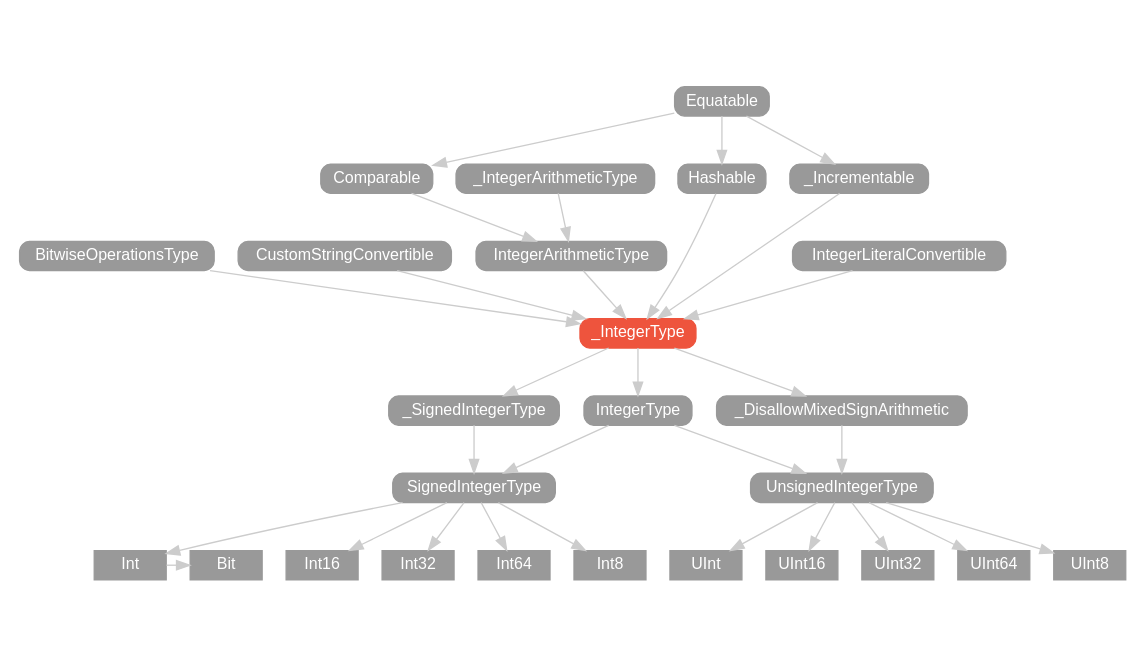
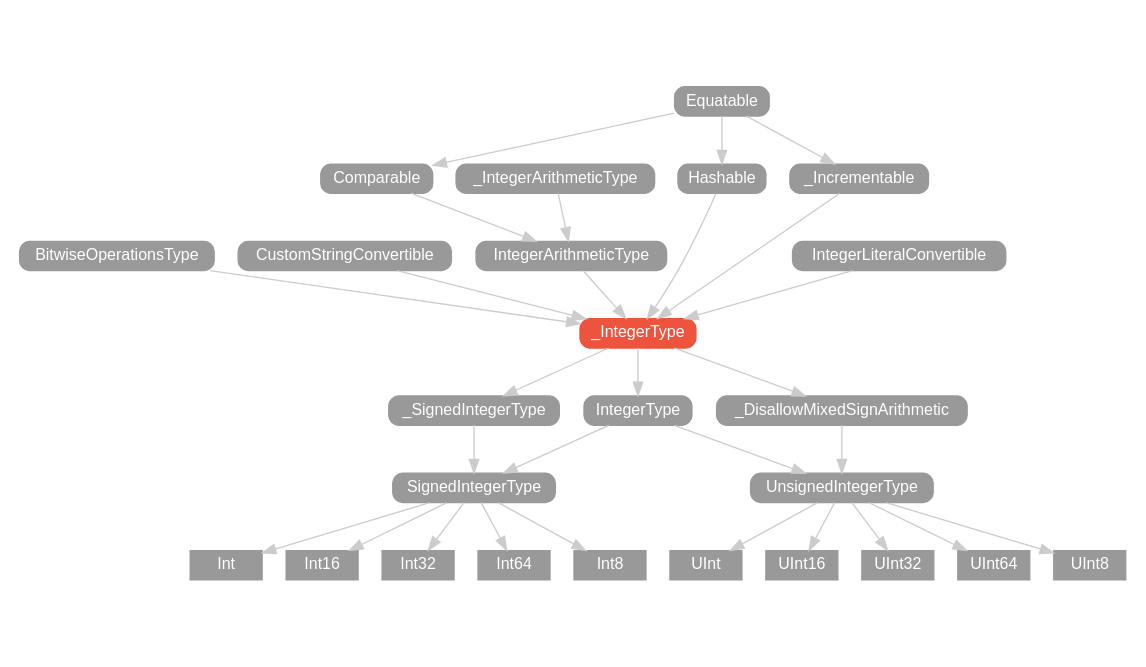
The diagram in v2.0/protocol/_IntegerType/hierarchy/index.dot (SwiftDoc/SwiftDoc.github.io), drawn with Graphviz before and after one commit. The commit also changed 682 other files, not shown here.

```diff
--- a/v2.0/protocol/_IntegerType/hierarchy/index.dot
+++ b/v2.0/protocol/_IntegerType/hierarchy/index.dot
@@ -1,73 +1,70 @@
 strict digraph "_IntegerType - Type Hierarchy - SwiftDoc.org" {
     pad="0.1,0.8"
     node [shape=box, style="filled,rounded", color="#999999", fillcolor="#999999", fontcolor=white, fontname=Helvetica, fontnames="Helvetica,sansserif", fontsize=12, margin="0.07,0.05", height="0.3"]
     edge [color="#cccccc"]
-    "Bit" [URL="/type/Bit/", style=filled]
-    "BitwiseOperationsType" [URL="/protocol/BitwiseOperationsType/"]
-    "Comparable" [URL="/protocol/Comparable/"]
-    "CustomStringConvertible" [URL="/protocol/CustomStringConvertible/"]
-    "Equatable" [URL="/protocol/Equatable/"]
-    "Hashable" [URL="/protocol/Hashable/"]
-    "Int" [URL="/type/Int/", style=filled]
-    "Int16" [URL="/type/Int16/", style=filled]
-    "Int32" [URL="/type/Int32/", style=filled]
-    "Int64" [URL="/type/Int64/", style=filled]
-    "Int8" [URL="/type/Int8/", style=filled]
-    "IntegerArithmeticType" [URL="/protocol/IntegerArithmeticType/"]
-    "IntegerLiteralConvertible" [URL="/protocol/IntegerLiteralConvertible/"]
-    "IntegerType" [URL="/protocol/IntegerType/"]
-    "SignedIntegerType" [URL="/protocol/SignedIntegerType/"]
-    "UInt" [URL="/type/UInt/", style=filled]
-    "UInt16" [URL="/type/UInt16/", style=filled]
-    "UInt32" [URL="/type/UInt32/", style=filled]
-    "UInt64" [URL="/type/UInt64/", style=filled]
-    "UInt8" [URL="/type/UInt8/", style=filled]
-    "UnsignedIntegerType" [URL="/protocol/UnsignedIntegerType/"]
-    "_DisallowMixedSignArithmetic" [URL="/protocol/_DisallowMixedSignArithmetic/"]
-    "_Incrementable" [URL="/protocol/_Incrementable/"]
-    "_IntegerArithmeticType" [URL="/protocol/_IntegerArithmeticType/"]
+    "BitwiseOperationsType" [URL="/protocol/BitwiseOperationsType/hierarchy/"]
+    "Comparable" [URL="/protocol/Comparable/hierarchy/"]
+    "CustomStringConvertible" [URL="/protocol/CustomStringConvertible/hierarchy/"]
+    "Equatable" [URL="/protocol/Equatable/hierarchy/"]
+    "Hashable" [URL="/protocol/Hashable/hierarchy/"]
+    "Int" [URL="/type/Int/hierarchy/", style=filled]
+    "Int16" [URL="/type/Int16/hierarchy/", style=filled]
+    "Int32" [URL="/type/Int32/hierarchy/", style=filled]
+    "Int64" [URL="/type/Int64/hierarchy/", style=filled]
+    "Int8" [URL="/type/Int8/hierarchy/", style=filled]
+    "IntegerArithmeticType" [URL="/protocol/IntegerArithmeticType/hierarchy/"]
+    "IntegerLiteralConvertible" [URL="/protocol/IntegerLiteralConvertible/hierarchy/"]
+    "IntegerType" [URL="/protocol/IntegerType/hierarchy/"]
+    "SignedIntegerType" [URL="/protocol/SignedIntegerType/hierarchy/"]
+    "UInt" [URL="/type/UInt/hierarchy/", style=filled]
+    "UInt16" [URL="/type/UInt16/hierarchy/", style=filled]
+    "UInt32" [URL="/type/UInt32/hierarchy/", style=filled]
+    "UInt64" [URL="/type/UInt64/hierarchy/", style=filled]
+    "UInt8" [URL="/type/UInt8/hierarchy/", style=filled]
+    "UnsignedIntegerType" [URL="/protocol/UnsignedIntegerType/hierarchy/"]
+    "_DisallowMixedSignArithmetic" [URL="/protocol/_DisallowMixedSignArithmetic/hierarchy/"]
+    "_Incrementable" [URL="/protocol/_Incrementable/hierarchy/"]
+    "_IntegerArithmeticType" [URL="/protocol/_IntegerArithmeticType/hierarchy/"]
     "_IntegerType" [URL="/protocol/_IntegerType/", style="filled,rounded", fillcolor="#ee543d", color="#ee543d"]
-    "_SignedIntegerType" [URL="/protocol/_SignedIntegerType/"]    "_IntegerType" -> "IntegerType"
+    "_SignedIntegerType" [URL="/protocol/_SignedIntegerType/hierarchy/"]    "_IntegerType" -> "IntegerType"
     "_IntegerType" -> "_DisallowMixedSignArithmetic"
     "_IntegerType" -> "_SignedIntegerType"
     "IntegerType" -> "SignedIntegerType"
     "IntegerType" -> "UnsignedIntegerType"
     "SignedIntegerType" -> "Int"
     "SignedIntegerType" -> "Int16"
     "SignedIntegerType" -> "Int32"
     "SignedIntegerType" -> "Int64"
     "SignedIntegerType" -> "Int8"
-    "Int" -> "Bit"
     "UnsignedIntegerType" -> "UInt"
     "UnsignedIntegerType" -> "UInt16"
     "UnsignedIntegerType" -> "UInt32"
     "UnsignedIntegerType" -> "UInt64"
     "UnsignedIntegerType" -> "UInt8"
     "_DisallowMixedSignArithmetic" -> "UnsignedIntegerType"
     "UnsignedIntegerType" -> "UInt"
     "UnsignedIntegerType" -> "UInt16"
     "UnsignedIntegerType" -> "UInt32"
     "UnsignedIntegerType" -> "UInt64"
     "UnsignedIntegerType" -> "UInt8"
     "_SignedIntegerType" -> "SignedIntegerType"
     "SignedIntegerType" -> "Int"
     "SignedIntegerType" -> "Int16"
     "SignedIntegerType" -> "Int32"
     "SignedIntegerType" -> "Int64"
     "SignedIntegerType" -> "Int8"
-    "Int" -> "Bit"
     "IntegerLiteralConvertible" -> "_IntegerType"
     "CustomStringConvertible" -> "_IntegerType"
     "Hashable" -> "_IntegerType"
     "IntegerArithmeticType" -> "_IntegerType"
     "BitwiseOperationsType" -> "_IntegerType"
     "_Incrementable" -> "_IntegerType"
     "Equatable" -> "Hashable"
     "_IntegerArithmeticType" -> "IntegerArithmeticType"
     "Comparable" -> "IntegerArithmeticType"
     "Equatable" -> "Comparable"
     "Equatable" -> "_Incrementable"
     subgraph Types {
-        rank = max; "Int"; "Int16"; "Int32"; "Int64"; "Int8"; "Bit"; "UInt"; "UInt16"; "UInt32"; "UInt64"; "UInt8";
+        rank = max; "Int"; "Int16"; "Int32"; "Int64"; "Int8"; "UInt"; "UInt16"; "UInt32"; "UInt64"; "UInt8";
     }
 }
```
